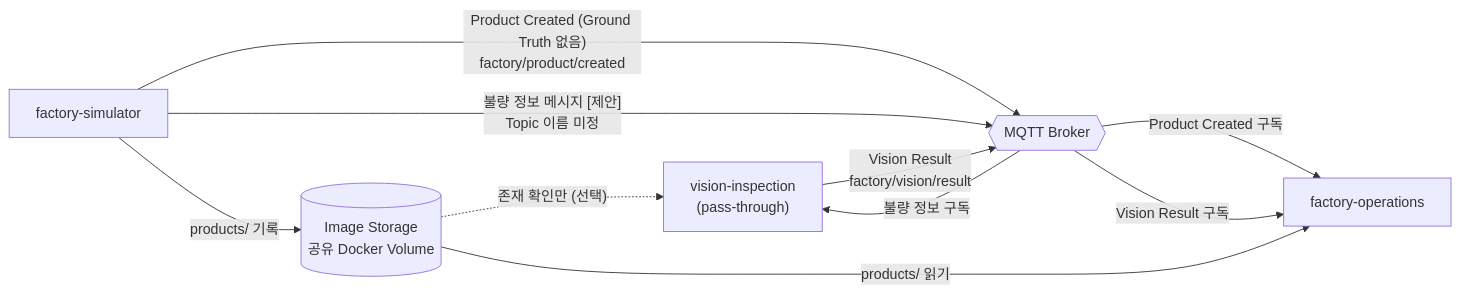
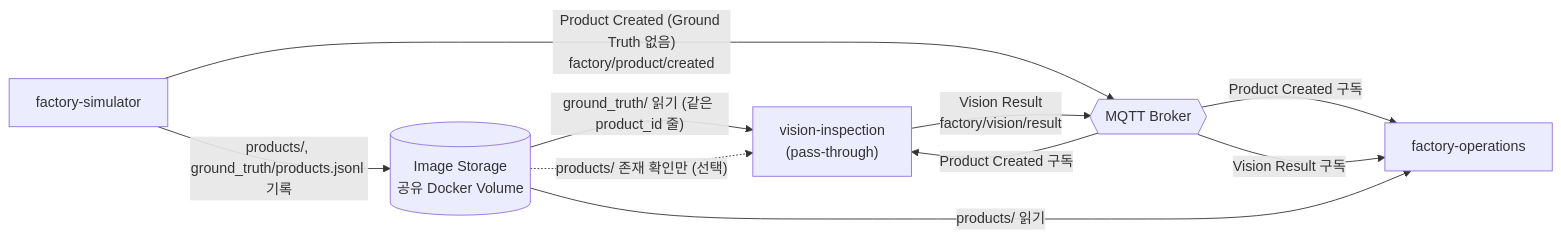
One commit to dltndn-personal-project/smart-factory-vision-inspection changed the first of 3 diagrams in docs/ARCHITECTURE.md. Above: the diagram before and after it, drawn with Mermaid. The commit also changed other lines of this file and 1 other file, not shown here.

First line of the commit message:
docs: D-6 재결정 (Ground Truth 파일 읽기) 반영과 Shared PR #6 게시 기록

````diff
--- a/docs/ARCHITECTURE.md
+++ b/docs/ARCHITECTURE.md
@@ -100,18 +102,18 @@
 ```mermaid
 flowchart LR
     SIM["factory-simulator"]
     IMG[("Image Storage<br/>공유 Docker Volume")]
     MQ{{"MQTT Broker"}}
     VIS["vision-inspection<br/>(pass-through)"]
     OPS["factory-operations"]
 
-    SIM -- "products/ 기록" --> IMG
+    SIM -- "products/, ground_truth/products.jsonl 기록" --> IMG
     SIM -- "Product Created (Ground Truth 없음)<br/>factory/product/created" --> MQ
-    SIM -- "불량 정보 메시지 [제안]<br/>Topic 이름 미정" --> MQ
     MQ -- "Product Created 구독" --> OPS
-    MQ -- "불량 정보 구독" --> VIS
-    IMG -. "존재 확인만 (선택)" .-> VIS
+    MQ -- "Product Created 구독" --> VIS
+    IMG -- "ground_truth/ 읽기 (같은 product_id 줄)" --> VIS
+    IMG -. "products/ 존재 확인만 (선택)" .-> VIS
     VIS -- "Vision Result<br/>factory/vision/result" --> MQ
     MQ -- "Vision Result 구독" --> OPS
     IMG -- "products/ 읽기" --> OPS
 ```
````
